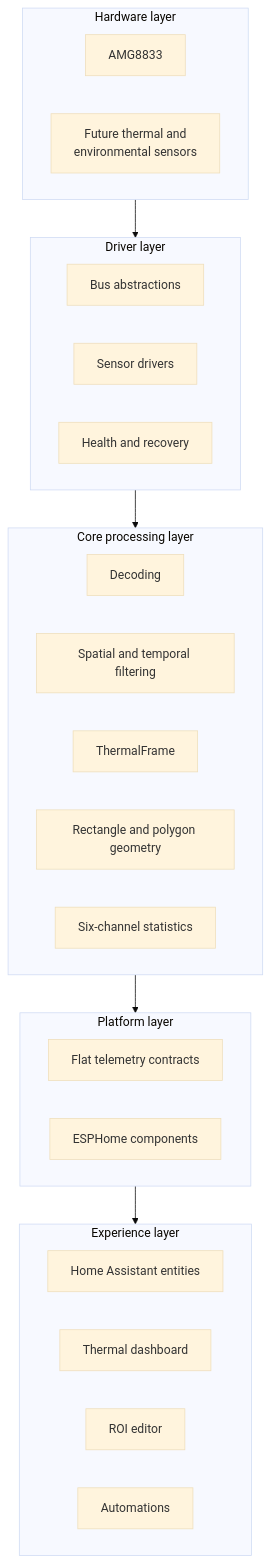
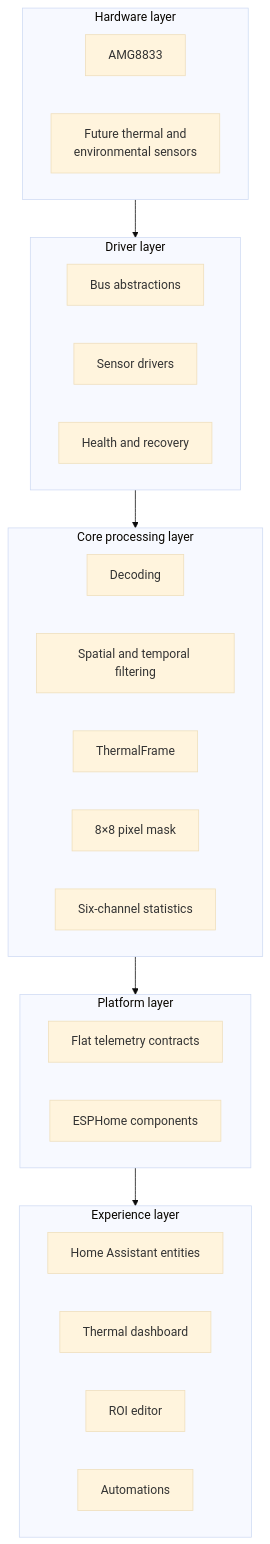
Before and after one commit to FishKepping/LeafSense: the second of 12 diagrams in docs/Architecture.md, drawn with Mermaid (base theme). The commit also changed other lines of this file and 21 other files, not shown here.

Commit message:
feat: replace shape ROIs with pixel mask editing

````diff
--- a/docs/Architecture.md
+++ b/docs/Architecture.md
@@ -49,35 +49,35 @@
 ```mermaid
 flowchart TB
     subgraph Hardware["Hardware layer"]
         AMG["AMG8833"]
         FutureSensors["Future thermal and<br/>environmental sensors"]
     end
 
     subgraph Driver["Driver layer"]
         Bus["Bus abstractions"]
         SensorDrivers["Sensor drivers"]
         Recovery["Health and recovery"]
     end
 
     subgraph Core["Core processing layer"]
         Decode["Decoding"]
         Filters["Spatial and temporal filtering"]
         Frames["ThermalFrame"]
-        Geometry["Rectangle and polygon geometry"]
+        Geometry["8×8 pixel mask"]
         RegionStats["Six-channel statistics"]
     end
 
     subgraph Platform["Platform layer"]
         Telemetry["Flat telemetry contracts"]
         ESPHome["ESPHome components"]
     end
 
     subgraph Experience["Experience layer"]
         Entities["Home Assistant entities"]
         Dashboard["Thermal dashboard"]
         Editor["ROI editor"]
         Automation["Automations"]
     end
 
     Hardware --> Driver --> Core --> Platform --> Experience
 ```
````
